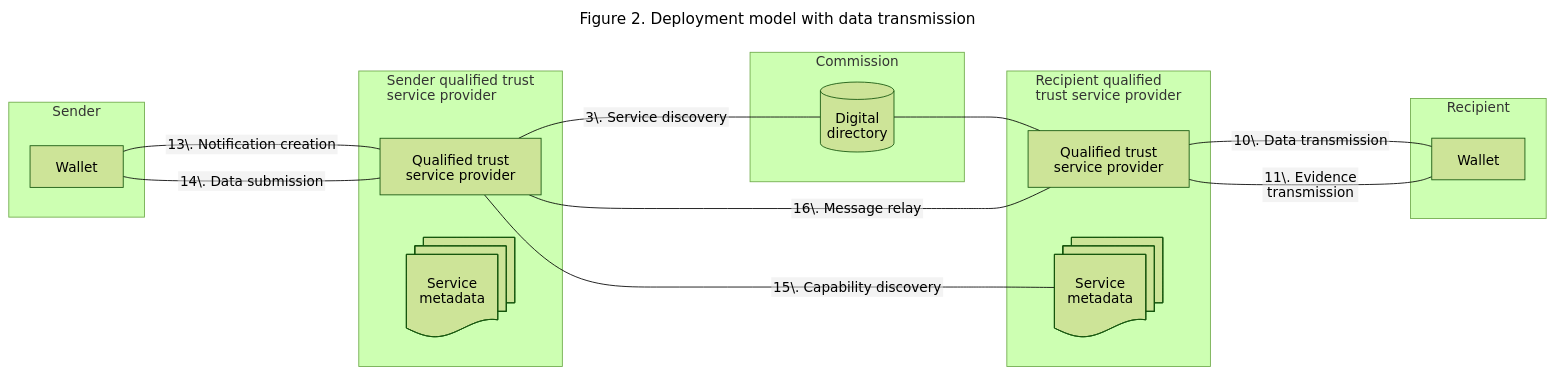
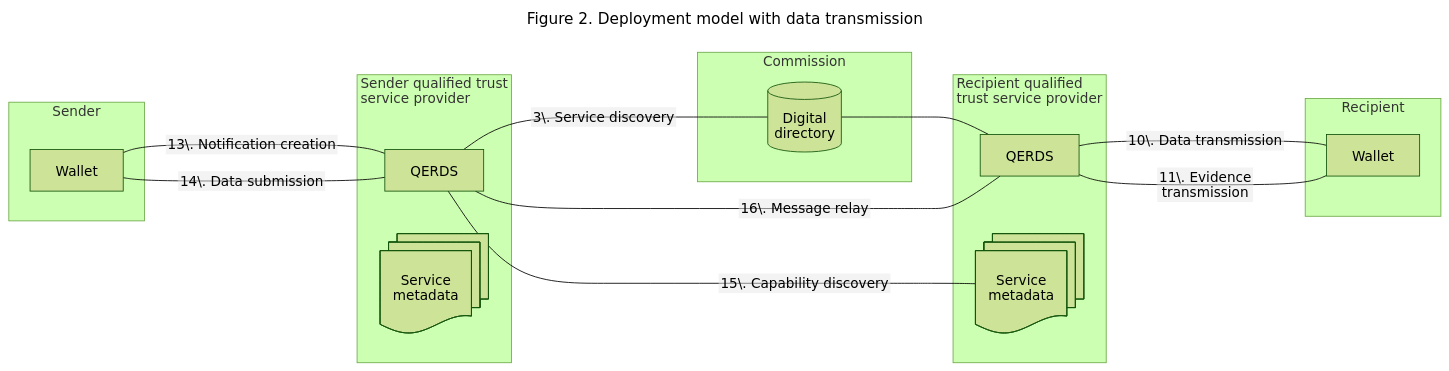
The second of 3 diagrams in docs/qerds/architecture.md (webuild-consortium/wp4-qtsp-group), drawn with Mermaid (forest theme) before and after one commit. The commit also changed other lines of this file, not shown here.

Commit message:
Minor style fixes to QERDS architecture

````diff
--- a/docs/qerds/architecture.md
+++ b/docs/qerds/architecture.md
@@ -116,44 +116,42 @@
 ```mermaid
 ---
 title: Figure 2. Deployment model with data transmission
 config:
   htmlLabels: false
   markdownAutoWrap: true
   flowchart:
     #defaultRenderer: "elk"
 ---
 flowchart LR
 subgraph Sender
     S-Wallet[Wallet]
 end
 subgraph S-TSP[Sender qualified trust
 service provider]
-    S-ERDS[Qualified trust
-    service provider]
+    S-ERDS[QERDS]
     S-SMP[Service
     metadata]@{shape: docs}
 end
 subgraph COM[Commission]
     DD[Digital
     directory]@{shape: cyl}
 end
 subgraph R-TSP[Recipient qualified
 trust service provider]
-    R-ERDS[Qualified trust
-    service provider]
+    R-ERDS[QERDS]
     R-SMP[Service
     metadata]@{shape: docs}
 end
 subgraph Recipient
     R-Wallet[Wallet]
 end
 
 S-Wallet ---|13\. Notification creation| S-ERDS
 S-Wallet ---|14\. Data submission| S-ERDS
 S-ERDS ---|3\. Service discovery| DD
 DD --- R-ERDS
 S-ERDS ---|15\. Capability discovery| R-SMP
 S-ERDS ---|16\. Message relay| R-ERDS
 R-ERDS ---|10\. Data transmission| R-Wallet
 R-ERDS ---|11\. Evidence transmission| R-Wallet
 ```
````
